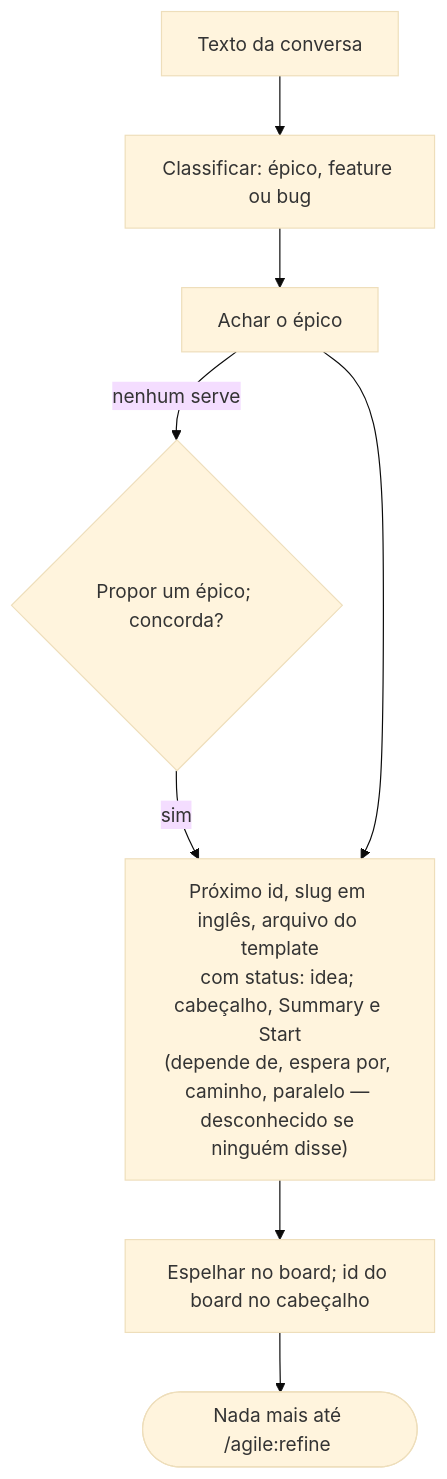
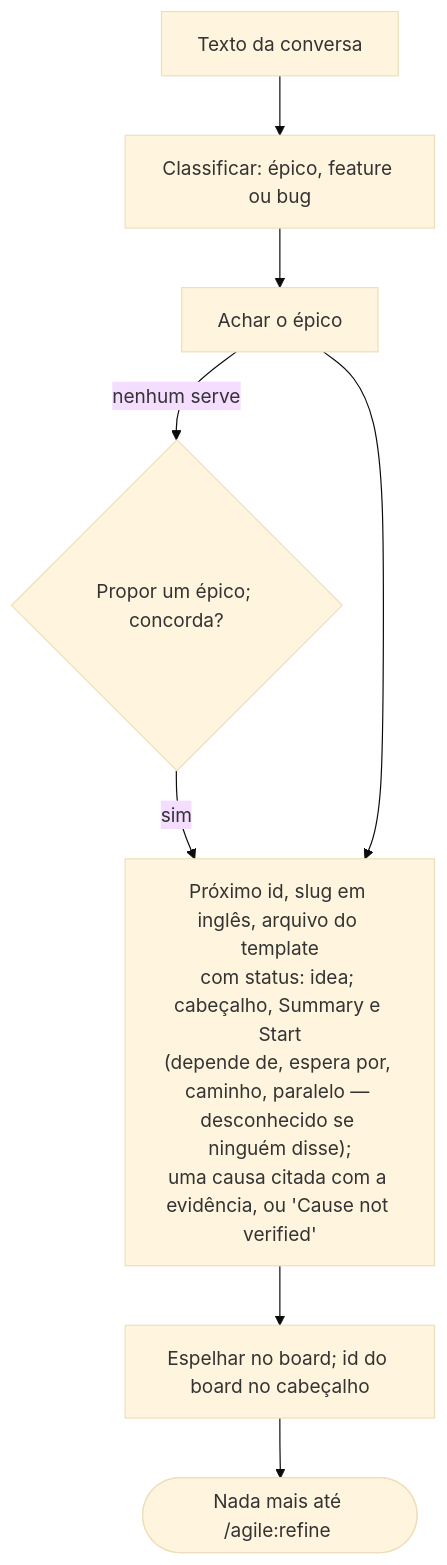
The fourth of 18 diagrams in docs/agile/workflow.pt-BR.md (alexcanario/simulab), drawn with Mermaid (base theme) before and after one commit. The commit also changed other lines of this file and 9 other files, not shown here.

````diff
--- a/docs/agile/workflow.pt-BR.md
+++ b/docs/agile/workflow.pt-BR.md
@@ -1234,10 +1385,10 @@
 ```mermaid
 flowchart TD
     A["Texto da conversa"] --> B["Classificar: épico, feature ou bug"]
     B --> C["Achar o épico"]
     C -->|nenhum serve| C1{"Propor um épico; concorda?"}
     C1 -->|sim| D
-    C --> D["Próximo id, slug em inglês, arquivo do template<br/>com status: idea; cabeçalho, Summary e Start<br/>(depende de, espera por, caminho, paralelo — desconhecido se ninguém disse)"]
+    C --> D["Próximo id, slug em inglês, arquivo do template<br/>com status: idea; cabeçalho, Summary e Start<br/>(depende de, espera por, caminho, paralelo — desconhecido se ninguém disse);<br/>uma causa citada com a evidência, ou 'Cause not verified'"]
     D --> E["Espelhar no board; id do board no cabeçalho"]
     E --> F(["Nada mais até /agile:refine <id>"])
 ```
````
